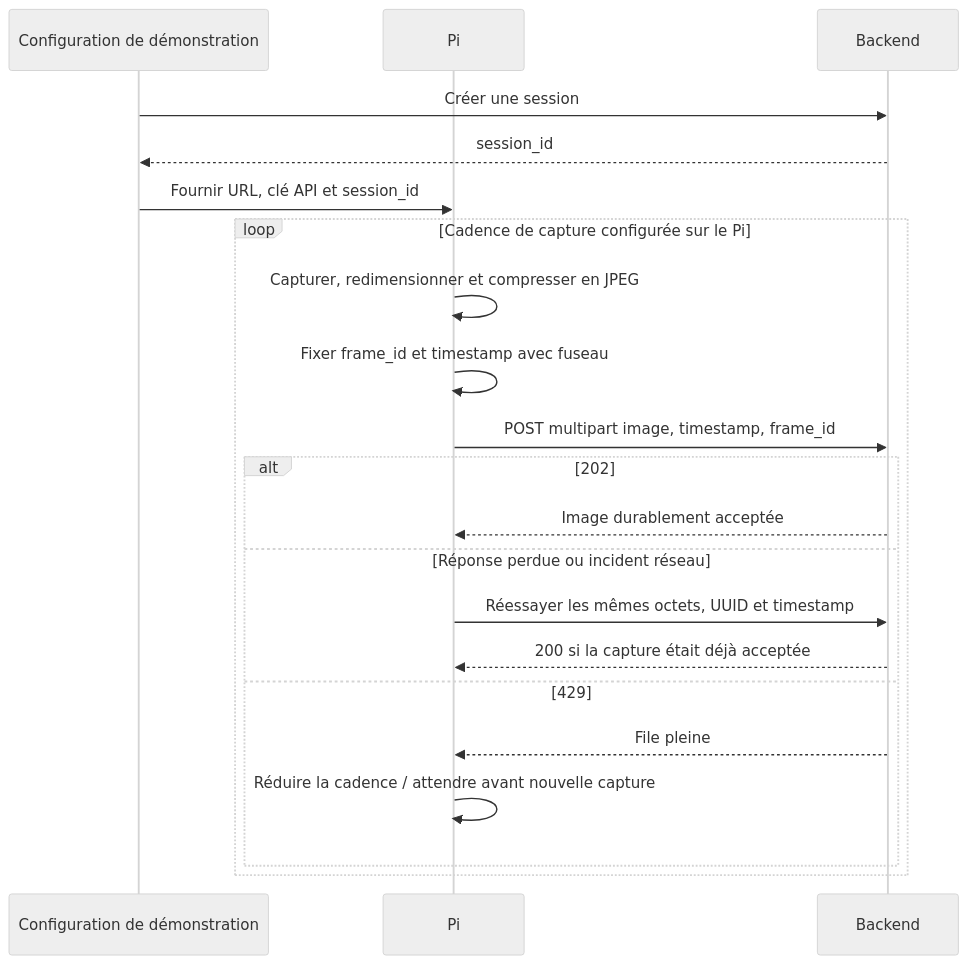
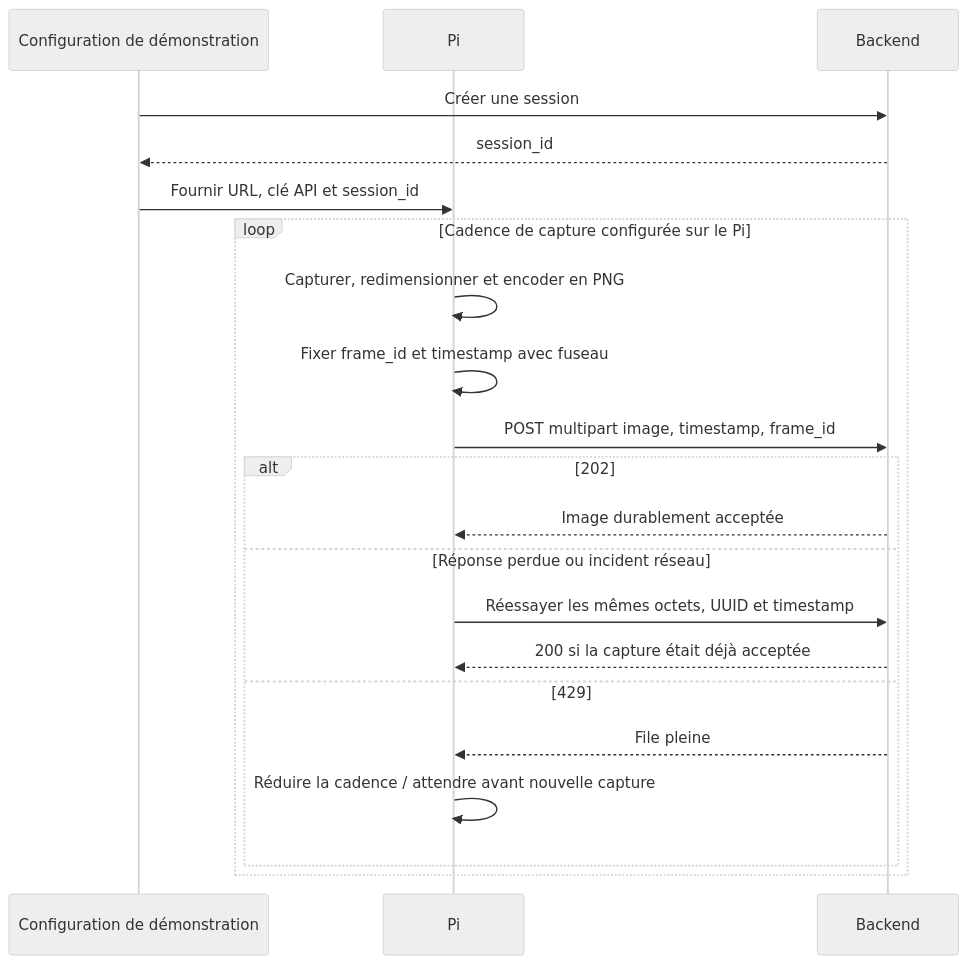
Before and after one commit to Mindsept/Looki--Vision: the second of 5 diagrams in docs/06-integration-equipe.md, drawn with Mermaid (neutral theme). The commit also changed other lines of this file and 56 other files, not shown here.

````diff
--- a/docs/06-integration-equipe.md
+++ b/docs/06-integration-equipe.md
@@ -22,23 +22,23 @@
 ```mermaid
 sequenceDiagram
     participant Config as Configuration de démonstration
     participant Pi
     participant Backend
     Config->>Backend: Créer une session
     Backend-->>Config: session_id
     Config->>Pi: Fournir URL, clé API et session_id
     loop Cadence de capture configurée sur le Pi
-        Pi->>Pi: Capturer, redimensionner et compresser en JPEG
+        Pi->>Pi: Capturer, redimensionner et encoder en PNG
         Pi->>Pi: Fixer frame_id et timestamp avec fuseau
         Pi->>Backend: POST multipart image, timestamp, frame_id
         alt 202
             Backend-->>Pi: Image durablement acceptée
         else Réponse perdue ou incident réseau
             Pi->>Backend: Réessayer les mêmes octets, UUID et timestamp
             Backend-->>Pi: 200 si la capture était déjà acceptée
         else 429
             Backend-->>Pi: File pleine
             Pi->>Pi: Réduire la cadence / attendre avant nouvelle capture
         end
     end
 ```
````
